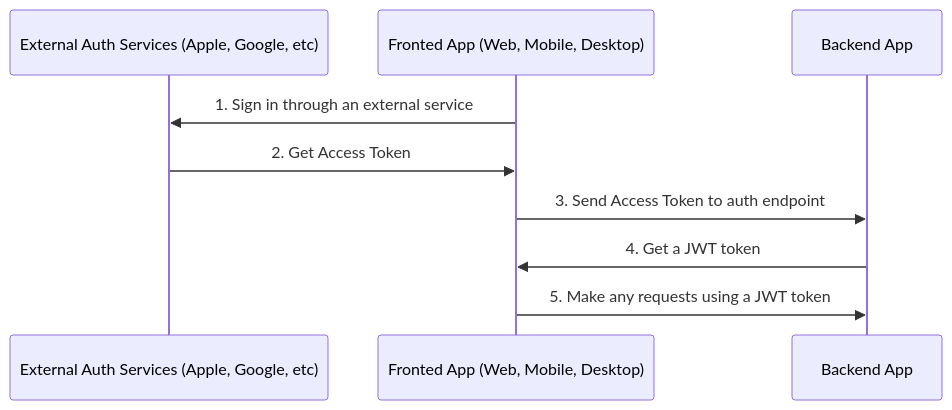
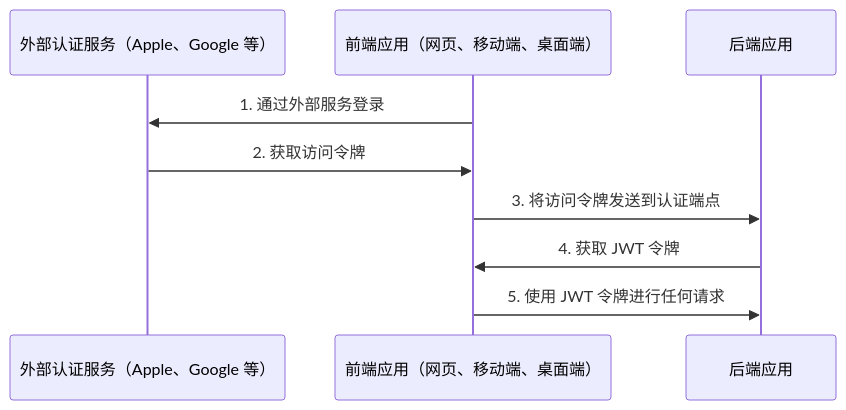
The second of 2 diagrams in docs/auth.md (Activity-Invites/Activity-Invites-server), drawn with Mermaid before and after one commit. The commit also changed other lines of this file and 84 other files, not shown here.

````diff
--- a/docs/auth.md
+++ b/docs/auth.md
@@ -45,12 +45,12 @@
 ```mermaid
 sequenceDiagram
-    participant B as External Auth Services (Apple, Google, etc)
-    participant A as Fronted App (Web, Mobile, Desktop)
-    participant C as Backend App
+    participant B as 外部认证服务（Apple、Google 等）
+    participant A as 前端应用（网页、移动端、桌面端）
+    participant C as 后端应用
 
-    A->>B: 1. Sign in through an external service
-    B->>A: 2. Get Access Token
-    A->>C: 3. Send Access Token to auth endpoint
-    C->>A: 4. Get a JWT token
-    A->>C: 5. Make any requests using a JWT token
+    A->>B: 1. 通过外部服务登录
+    B->>A: 2. 获取访问令牌
+    A->>C: 3. 将访问令牌发送到认证端点
+    C->>A: 4. 获取 JWT 令牌
+    A->>C: 5. 使用 JWT 令牌进行任何请求
 ```
````
